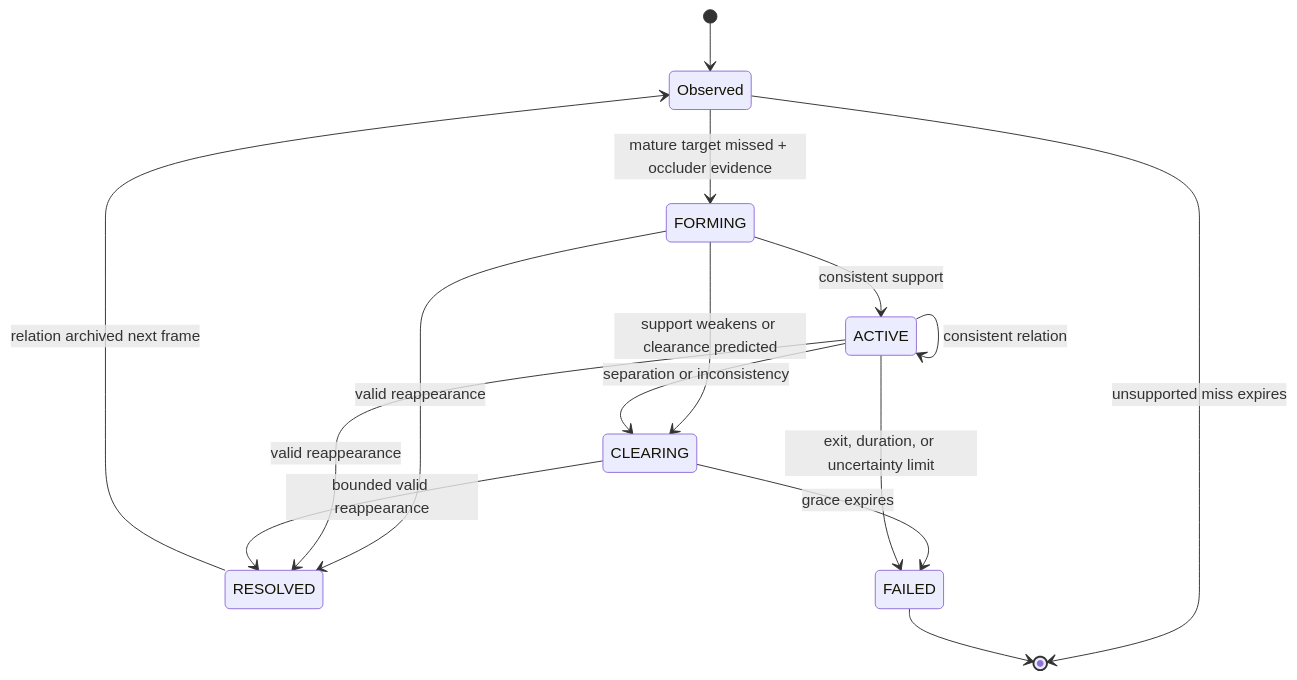
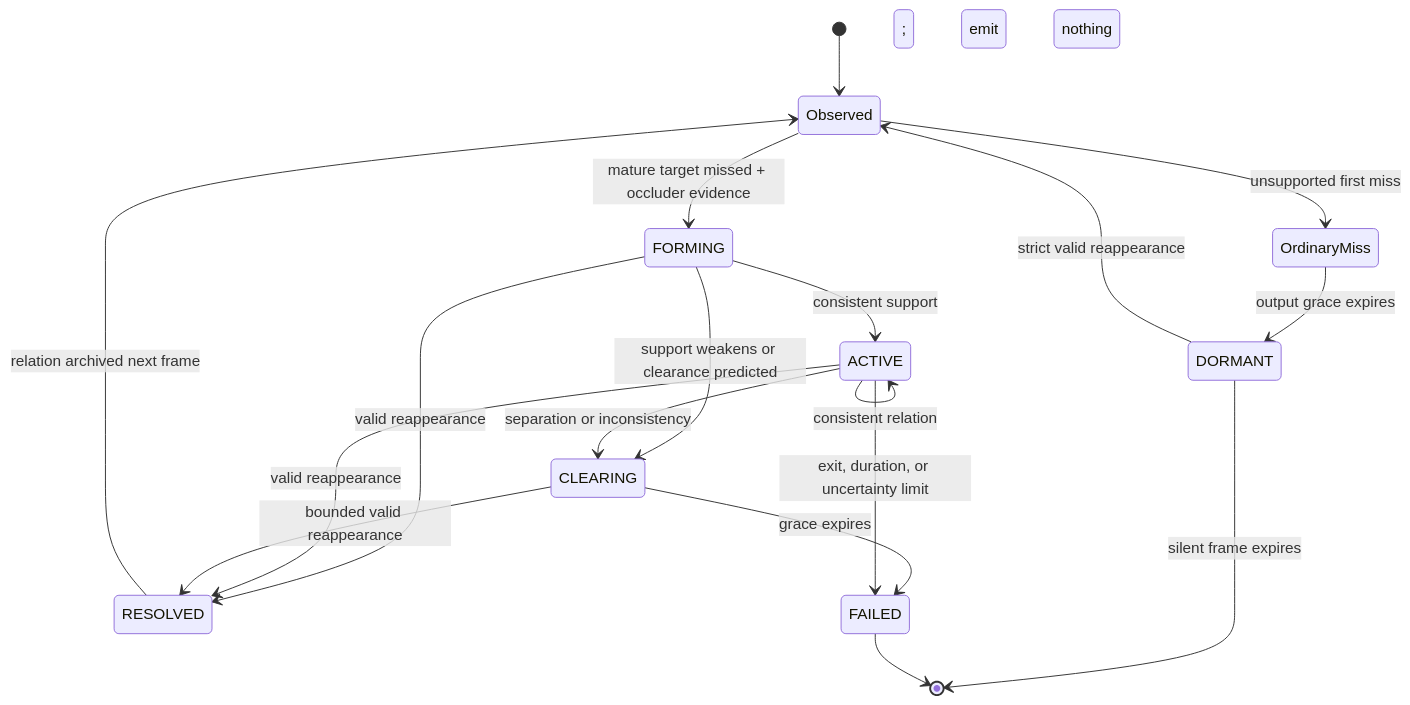
One commit to basfarnoor/yolo-occlusion-assignment changed the second of 2 diagrams in OATM_RELATIONAL/REPORT_PRESENTATION_GUIDE.md. Above: the diagram before and after it, drawn with Mermaid. The commit also changed other lines of this file and 26 other files, not shown here.

````diff
--- a/OATM_RELATIONAL/REPORT_PRESENTATION_GUIDE.md
+++ b/OATM_RELATIONAL/REPORT_PRESENTATION_GUIDE.md
@@ -278,17 +328,20 @@
 ```mermaid
 stateDiagram-v2
     [*] --> Observed
     Observed --> FORMING: mature target missed + occluder evidence
-    Observed --> [*]: unsupported miss expires
+    Observed --> OrdinaryMiss: unsupported first miss
+    OrdinaryMiss --> DORMANT: output grace expires; emit nothing
+    DORMANT --> Observed: strict valid reappearance
+    DORMANT --> [*]: silent frame expires
     FORMING --> ACTIVE: consistent support
     FORMING --> CLEARING: support weakens or clearance predicted
     ACTIVE --> ACTIVE: consistent relation
     ACTIVE --> CLEARING: separation or inconsistency
     FORMING --> RESOLVED: valid reappearance
     ACTIVE --> RESOLVED: valid reappearance
     CLEARING --> RESOLVED: bounded valid reappearance
     CLEARING --> FAILED: grace expires
     ACTIVE --> FAILED: exit, duration, or uncertainty limit
     RESOLVED --> Observed: relation archived next frame
     FAILED --> [*]
 ```
````
